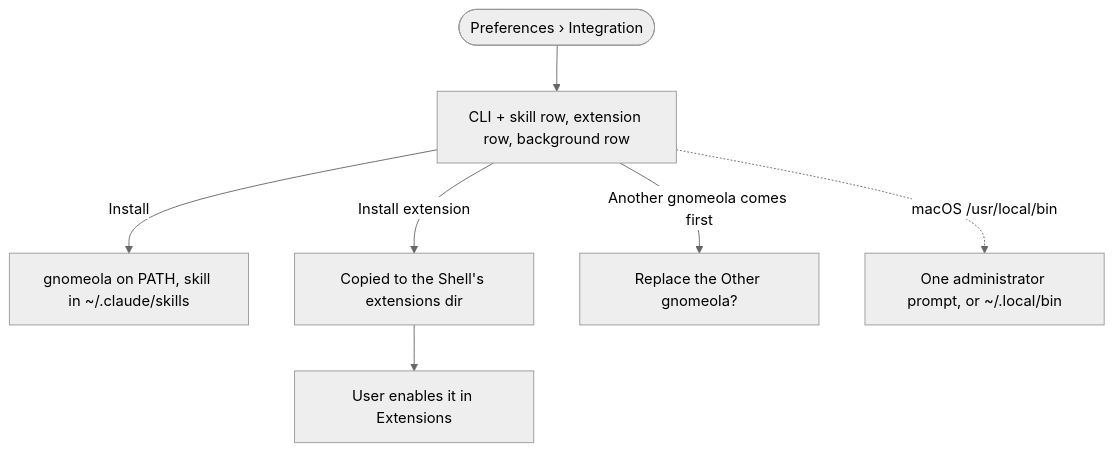
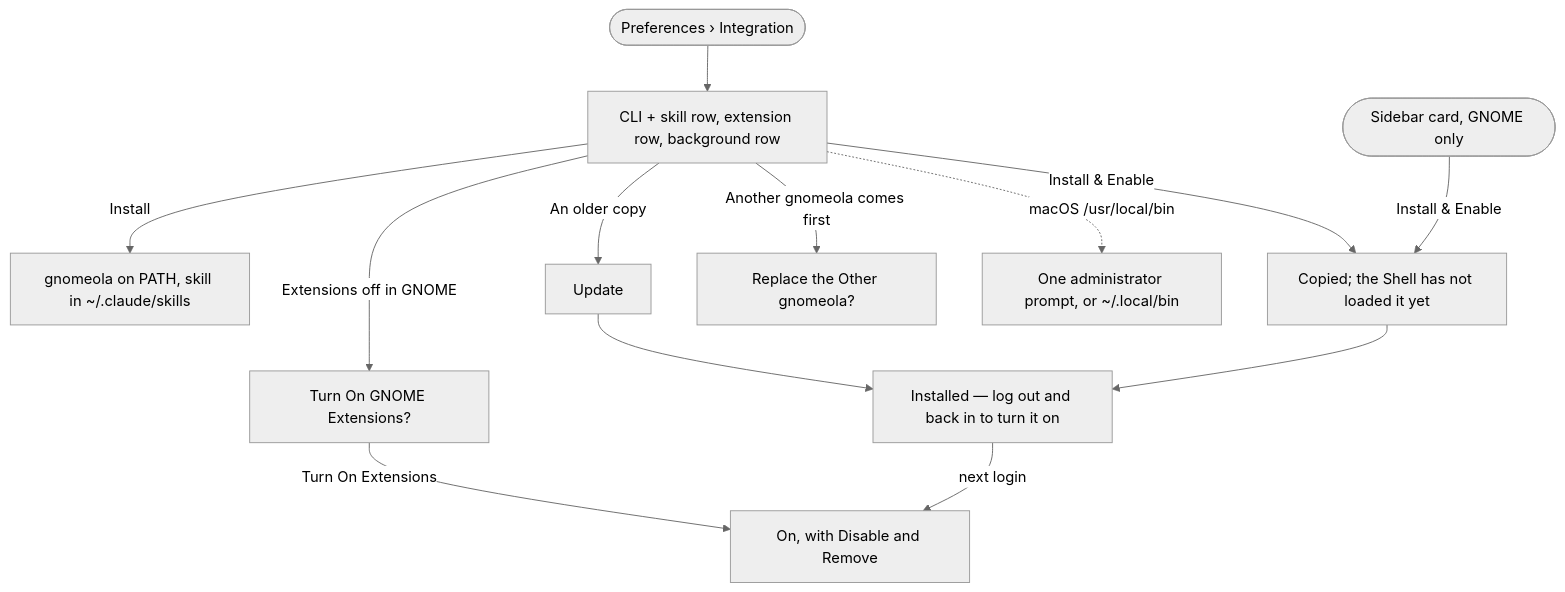
Before and after one commit to Kacper-Lubisz/kacola: the third of 43 diagrams in docs/user-stories.md, drawn with Mermaid (neutral theme). The commit also changed other lines of this file and 9 other files, not shown here.

First line of the commit message:
e2e: the one-click top-bar extension against a real private Shell and a faked one; atlas states

````diff
--- a/docs/user-stories.md
+++ b/docs/user-stories.md
@@ -150,10 +158,21 @@
 ```mermaid
 flowchart TD
   A([Preferences › Integration]) --> B[CLI + skill row, extension row, background row]
   B -->|Install| C[gnomeola on PATH, skill in ~/.claude/skills]
-  B -->|Install extension| D[Copied to the Shell's extensions dir]
-  D --> E[User enables it in Extensions]
+  S([Sidebar card, GNOME only]) -->|Install & Enable| D[Copied; the Shell has not loaded it yet]
+  B -->|Install & Enable| D
+  D --> L[Installed — log out and back in to turn it on]
+  L -->|next login| ON[On, with Disable and Remove]
+  B -->|An older copy| U[Update]
+  U --> L
+  B -->|Extensions off in GNOME| Q[Turn On GNOME Extensions?]
+  Q -->|Turn On Extensions| ON
   B -->|Another gnomeola comes first| F[Replace the Other gnomeola?]
   B -.macOS /usr/local/bin.-> G[One administrator prompt, or ~/.local/bin]
   %% shot: B = integrations__preferences__integration-page
+  %% shot: S = integrations__sidebar__extension-card
+  %% shot: L = integrations__sidebar__extension-login
+  %% shot: U = integrations__preferences__extension-update
+  %% shot: ON = integrations__preferences__extension-on
+  %% shot: Q = integrations__enable__ask-extensions
 ```
````
